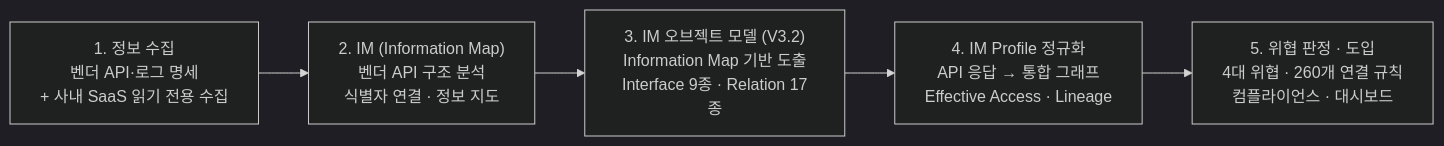
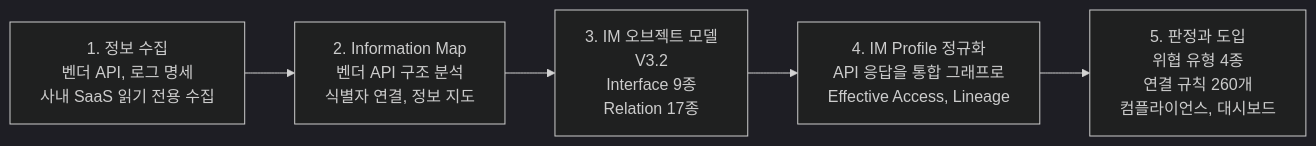
The diagram in README.md (AEGI-Inc/aegi-framework), drawn with Mermaid (dark theme) before and after one commit. The commit also changed other lines of this file and 33 other files, not shown here.

````diff
--- a/README.md
+++ b/README.md
@@ -11,9 +9,9 @@
 ```mermaid
 flowchart LR
-  S1["1. 정보 수집<br/>벤더 API·로그 명세<br/>+ 사내 SaaS 읽기 전용 수집"]
-  S2["2. IM (Information Map)<br/>벤더 API 구조 분석<br/>식별자 연결 · 정보 지도"]
-  S3["3. IM 오브젝트 모델 (V3.2)<br/>Information Map 기반 도출<br/>Interface 9종 · Relation 17종"]
-  S4["4. IM Profile 정규화<br/>API 응답 → 통합 그래프<br/>Effective Access · Lineage"]
-  S5["5. 위협 판정 · 도입<br/>4대 위협 · 260개 연결 규칙<br/>컴플라이언스 · 대시보드"]
+  S1["1. 정보 수집<br/>벤더 API, 로그 명세<br/>사내 SaaS 읽기 전용 수집"]
+  S2["2. Information Map<br/>벤더 API 구조 분석<br/>식별자 연결, 정보 지도"]
+  S3["3. IM 오브젝트 모델<br/>V3.2<br/>Interface 9종<br/>Relation 17종"]
+  S4["4. IM Profile 정규화<br/>API 응답을 통합 그래프로<br/>Effective Access, Lineage"]
+  S5["5. 판정과 도입<br/>위협 유형 4종<br/>연결 규칙 260개<br/>컴플라이언스, 대시보드"]
   S1 --> S2 --> S3 --> S4 --> S5
 ```
````
